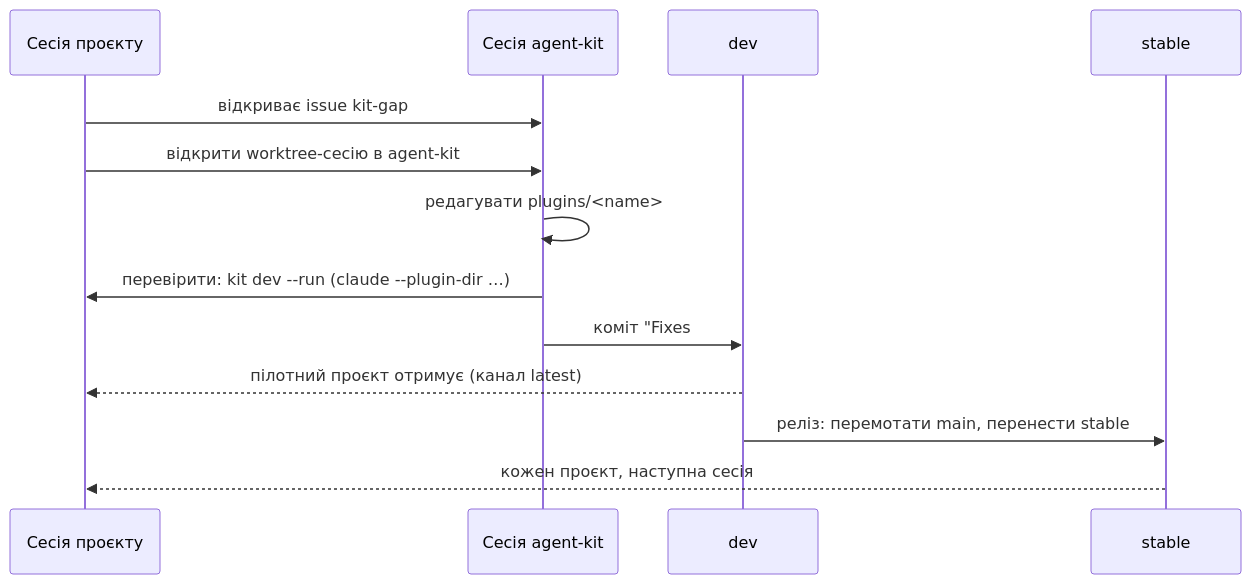
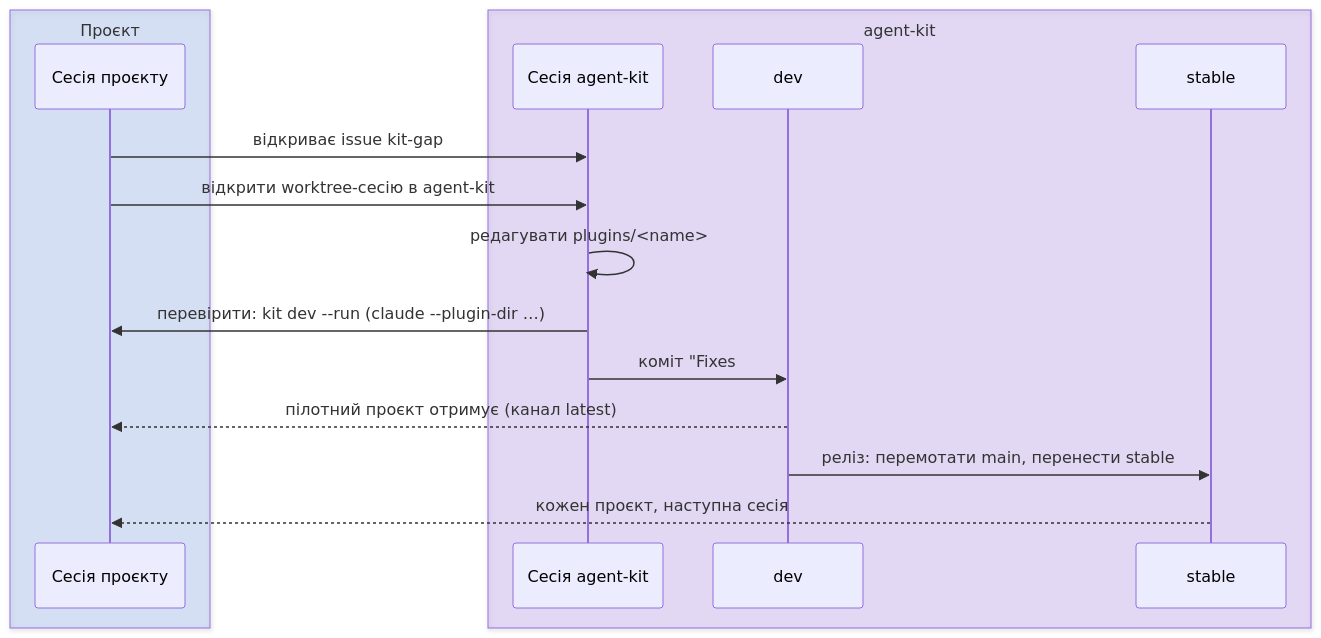
One commit to 3meyc/agent-kit changed the second of 2 diagrams in docs/changing.uk.md. Above: the diagram before and after it, drawn with Mermaid. The commit also changed other lines of this file and 16 other files, not shown here.

First line of the commit message:
docs: colour every diagram, start the evolution pages, retire the design banner

````diff
--- a/docs/changing.uk.md
+++ b/docs/changing.uk.md
@@ -30,15 +47,19 @@
 ```mermaid
 sequenceDiagram
+  box rgba(37,99,235,0.15) Проєкт
   participant P as Сесія проєкту
+  end
+  box rgba(124,58,237,0.15) agent-kit
   participant K as Сесія agent-kit
   participant M as dev
   participant S as stable
+  end
   P->>K: відкриває issue kit-gap #n
   P->>K: відкрити worktree-сесію в agent-kit
   K->>K: редагувати plugins/<name>
   K->>P: перевірити: kit dev --run (claude --plugin-dir …)
   K->>M: коміт "Fixes #n", злиття
   M-->>P: пілотний проєкт отримує (канал latest)
   M->>S: реліз: перемотати main, перенести stable
   S-->>P: кожен проєкт, наступна сесія
 ```
````
